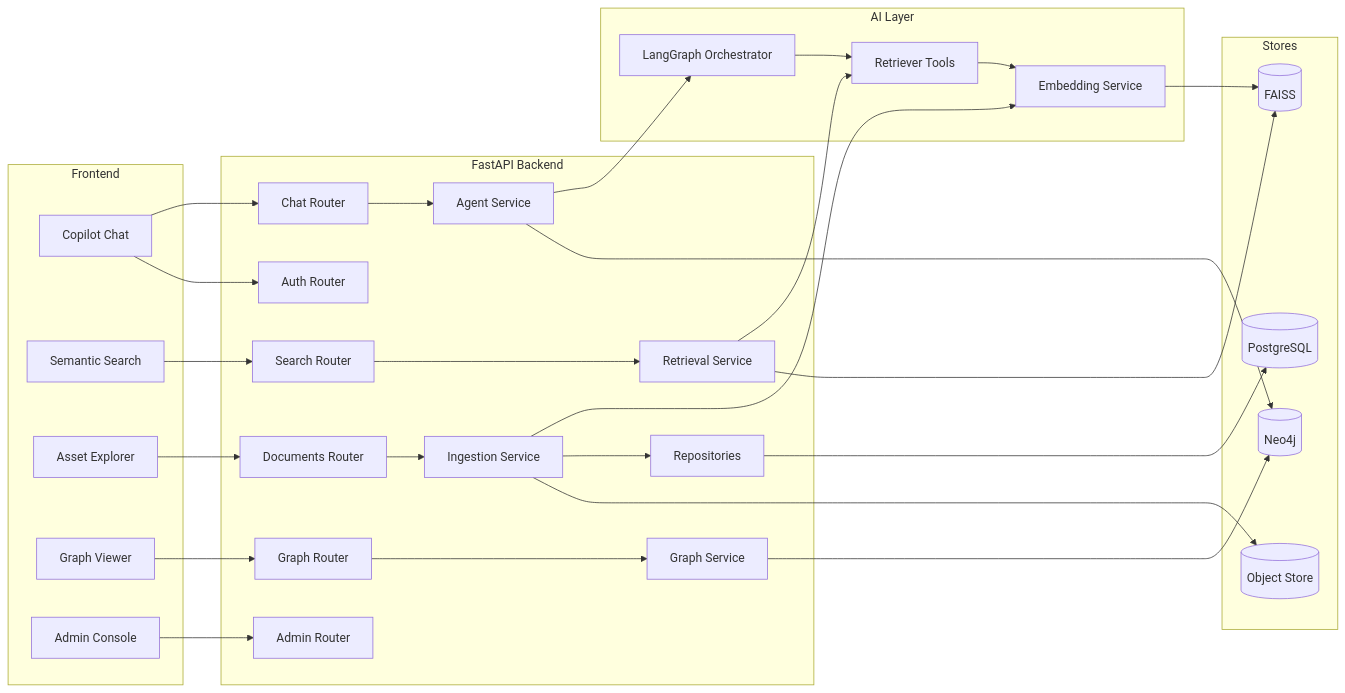
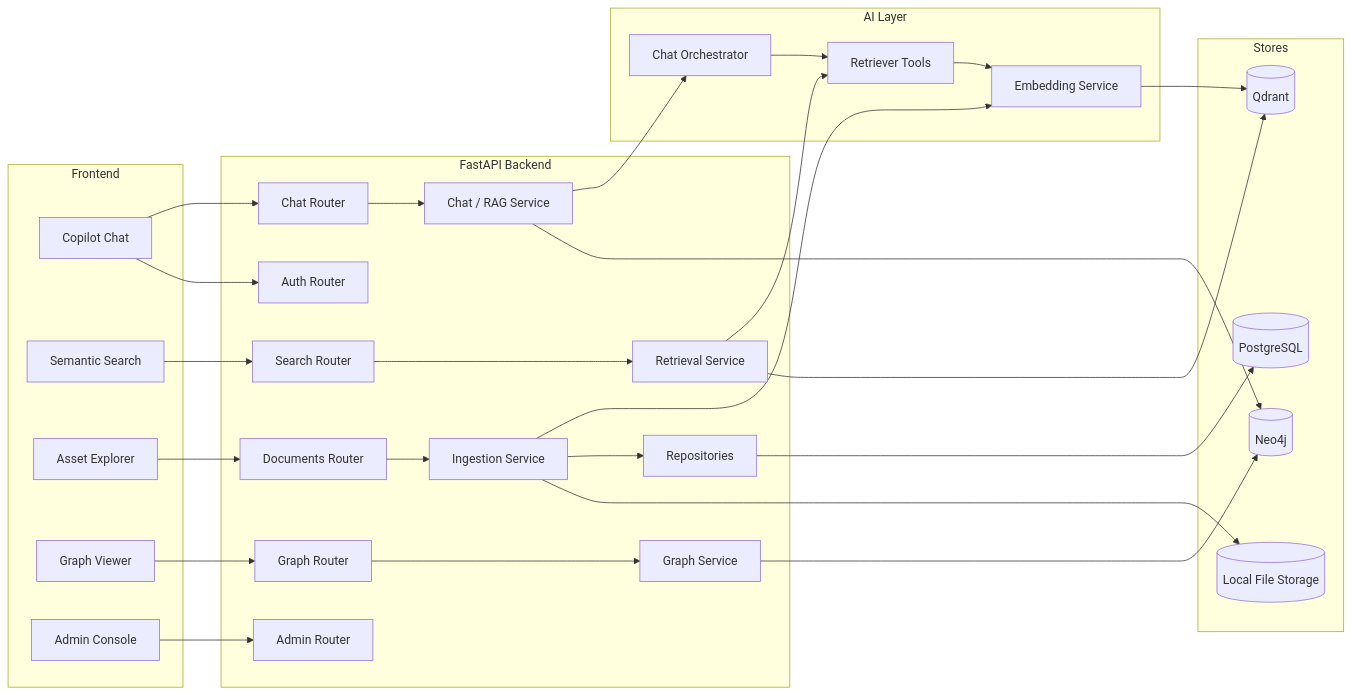
Before and after one commit to pratapVansh/TRACE: the second of 10 diagrams in docs/03_SYSTEM_ARCHITECTURE.md, drawn with Mermaid. The commit also changed other lines of this file and 60 other files, not shown here.

````diff
--- a/docs/03_SYSTEM_ARCHITECTURE.md
+++ b/docs/03_SYSTEM_ARCHITECTURE.md
@@ -108,61 +114,61 @@
 ```mermaid
 flowchart LR
     subgraph Frontend
         C1["Copilot Chat"]
         C2["Semantic Search"]
         C3["Asset Explorer"]
         C4["Graph Viewer"]
         C5["Admin Console"]
     end
 
     subgraph Backend["FastAPI Backend"]
         R1["Auth Router"]
         R2["Documents Router"]
         R3["Search Router"]
         R4["Chat Router"]
         R5["Graph Router"]
         R6["Admin Router"]
         S1["Ingestion Service"]
         S2["Retrieval Service"]
-        S3["Agent Service"]
+        S3["Chat / RAG Service"]
         S4["Graph Service"]
         REPO["Repositories"]
     end
 
     subgraph AILayer["AI Layer"]
-        A1["LangGraph Orchestrator"]
+        A1["Chat Orchestrator"]
         A2["Retriever Tools"]
         A3["Embedding Service"]
     end
 
     subgraph Stores
         PG[("PostgreSQL")]
-        VEC[("FAISS")]
+        VEC[("Qdrant")]
         NEO[("Neo4j")]
-        OBJ[("Object Store")]
+        OBJ[("Local File Storage")]
     end
 
     C1 --> R4
     C2 --> R3
     C3 --> R2
     C4 --> R5
     C5 --> R6
     C1 --> R1
 
     R2 --> S1
     R3 --> S2
     R4 --> S3
     R5 --> S4
 
     S3 --> A1 --> A2 --> A3
     S2 --> A2
     S1 --> A3
 
     S1 --> REPO
     S2 --> VEC
     S3 --> NEO
     S4 --> NEO
     A3 --> VEC
     REPO --> PG
     S1 --> OBJ
 ```
````
